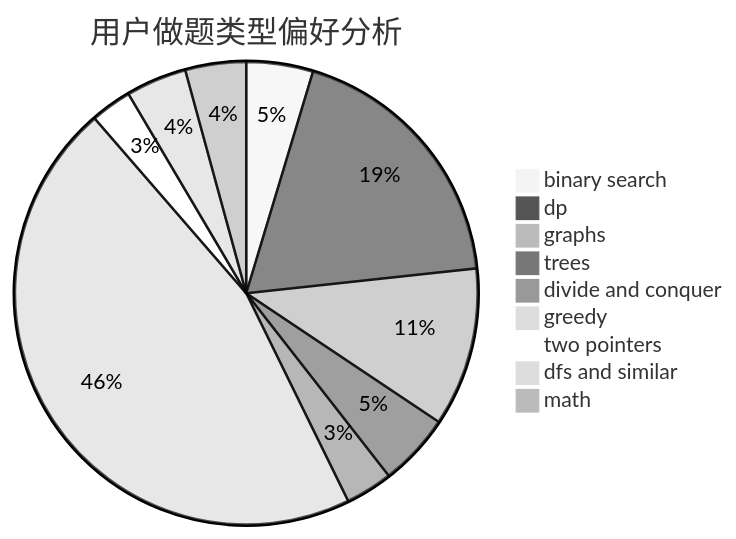
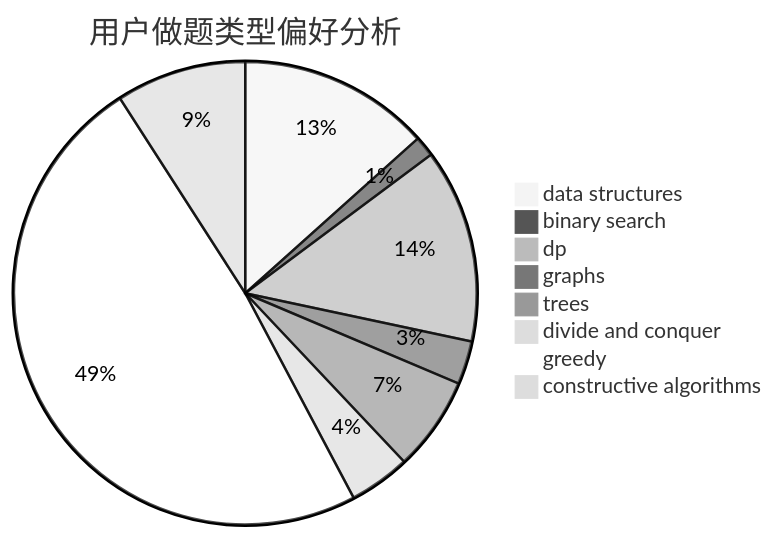
One commit to sherpahu/cfrs.github.io changed the second of 3 diagrams in docs/user/u126.md. Above: the diagram before and after it, drawn with Mermaid (neutral theme). The commit also changed other lines of this file and 2775 other files, not shown here.

````diff
--- a/docs/user/u126.md
+++ b/docs/user/u126.md
@@ -23,12 +23,11 @@
 ```mermaid
 pie title 用户做题类型偏好分析
-    "binary search" :  34
-    "dp" :  136
-    "graphs" :  81
+    "data structures" :  75
+    "binary search" :  8
+    "dp" :  76
+    "graphs" :  17
     "trees" :  37
     "divide and conquer" :  24
-    "greedy" :  335
-    "two pointers" :  21
-    "dfs and similar" :  31
-    "math" :  31
+    "greedy" :  273
+    "constructive algorithms" :  51
 ```
````
